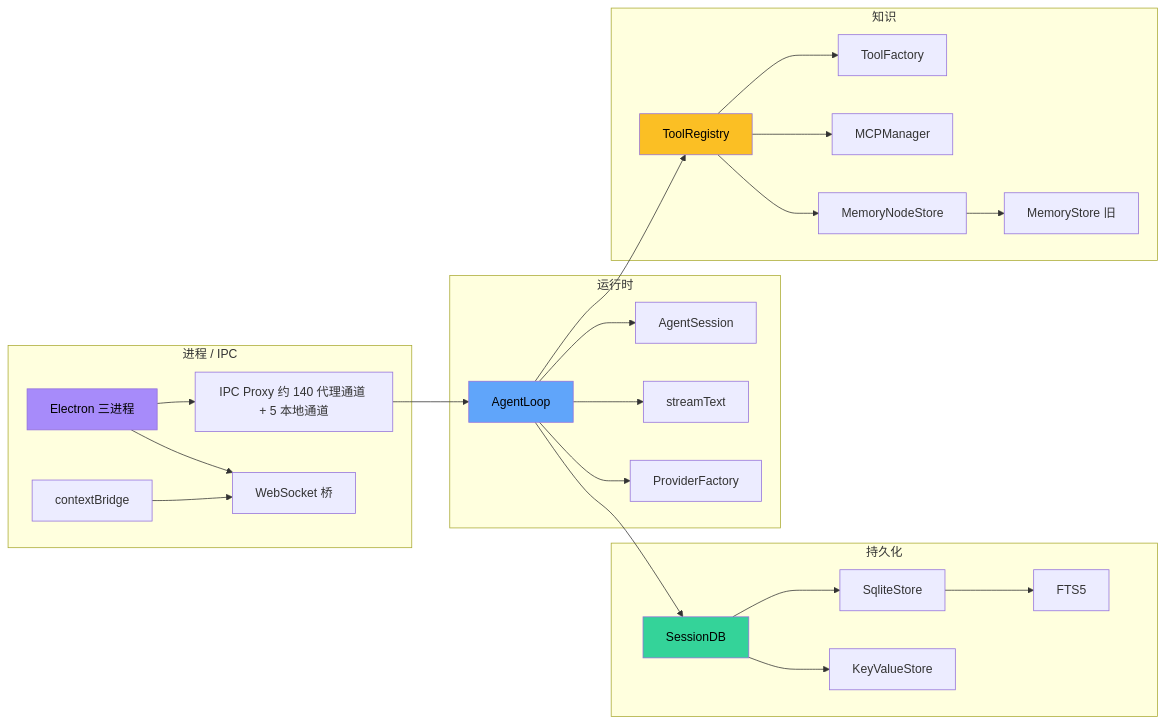
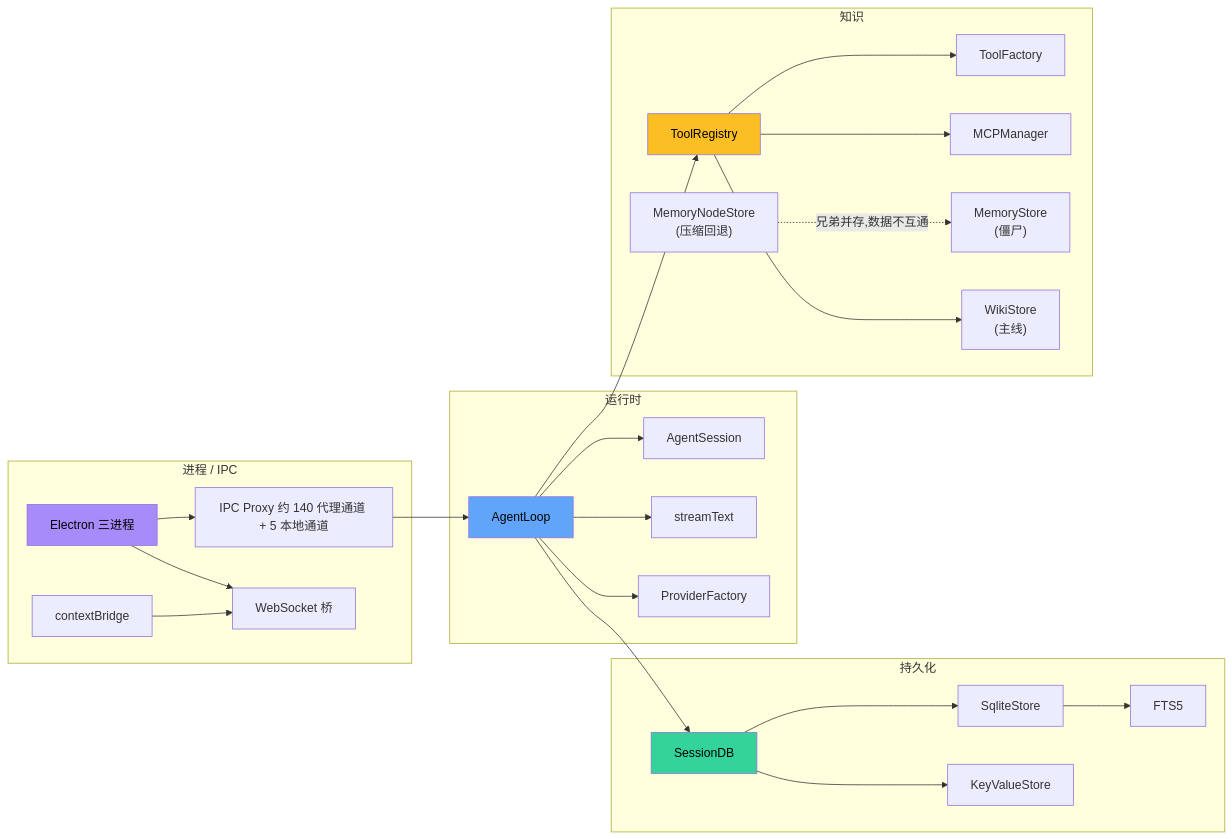
One commit to LanicBlue/zero-core changed the first of 2 diagrams in docs/arch/12-glossary.md. Above: the diagram before and after it, drawn with Mermaid. The commit also changed other lines of this file and 1 other file, not shown here.

Commit message:
docs(arch): 12-glossary 修 MemoryStore/MemoryNodeStore 叙事 + mermaid 假依赖边 + first-writer-wins 旧术语
#21 跨文档扫描 backlog: 核对源码确认 MemoryStore 是僵尸(运行时零写入者,
唯一消费者 memory-tools.ts 自 v0.8 P2 §11.6 从 ALL_TOOLS 取消注册),
MemoryNodeStore 才 legacy 但活(compression 回退 + REST)。修正 12-glossary
三处:① mermaid 知识子图删 K4→K5 假依赖边(二者兄弟无引用)+ 补 WikiStore
主线节点 + 节点标签直接暴露状态;② MemoryStore 术语条目整段重写为僵尸定义
+ 删除清理顺序;③ MemoryNodeStore 术语条目强调"兄弟而非父子 + 仍在运行时
被调用"。顺手修同文件 first-writer-wins 旧术语(#1 早修了 02/03/08,12 一直漏)。

````diff
--- a/docs/arch/12-glossary.md
+++ b/docs/arch/12-glossary.md
@@ -7,53 +7,54 @@
 ```mermaid
 graph LR
     subgraph "进程 / IPC"
         P1[Electron 三进程]
         P2[IPC Proxy 约 140 代理通道 + 5 本地通道]
         P3[WebSocket 桥]
         P4[contextBridge]
     end
     P1 --> P2
     P1 --> P3
     P4 --> P3
 
     subgraph "运行时"
         R1[AgentLoop]
         R2[AgentSession]
         R3[streamText]
         R4[ProviderFactory]
         R1 --> R2
         R1 --> R3
         R1 --> R4
     end
 
     subgraph "持久化"
         S1[SessionDB]
         S2[SqliteStore]
         S3[KeyValueStore]
         S4[FTS5]
         S1 --> S2
         S1 --> S3
         S2 --> S4
     end
 
     subgraph "知识"
         K1[ToolRegistry]
         K2[ToolFactory]
         K3[MCPManager]
-        K4[MemoryNodeStore]
-        K5[MemoryStore 旧]
+        K4["MemoryNodeStore<br/>(压缩回退)"]
+        K5["MemoryStore<br/>(僵尸)"]
+        K6["WikiStore<br/>(主线)"]
         K1 --> K2
         K1 --> K3
-        K1 --> K4
-        K4 --> K5
+        K1 --> K6
+        K4 -. 兄弟并存,数据不互通 .-> K5
     end
 
     P2 --> R1
     R1 --> S1
     R1 --> K1
 
     style P1 fill:#a78bfa,color:#000
     style R1 fill:#60a5fa,color:#000
     style S1 fill:#34d399,color:#000
     style K1 fill:#fbbf24,color:#000
 ```
````
